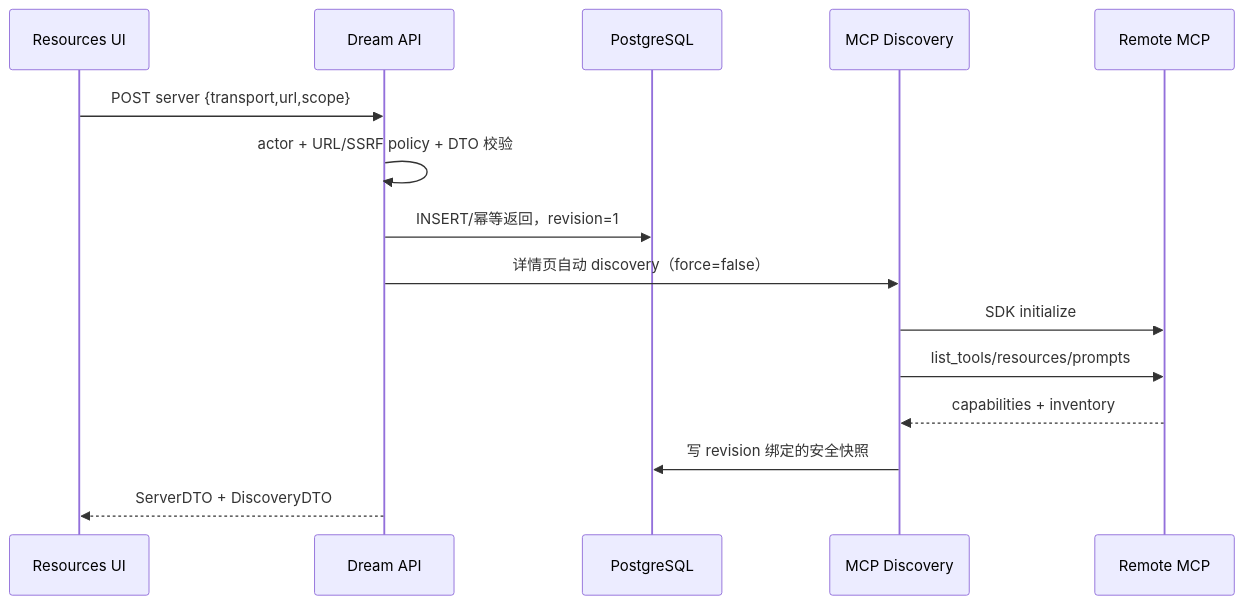
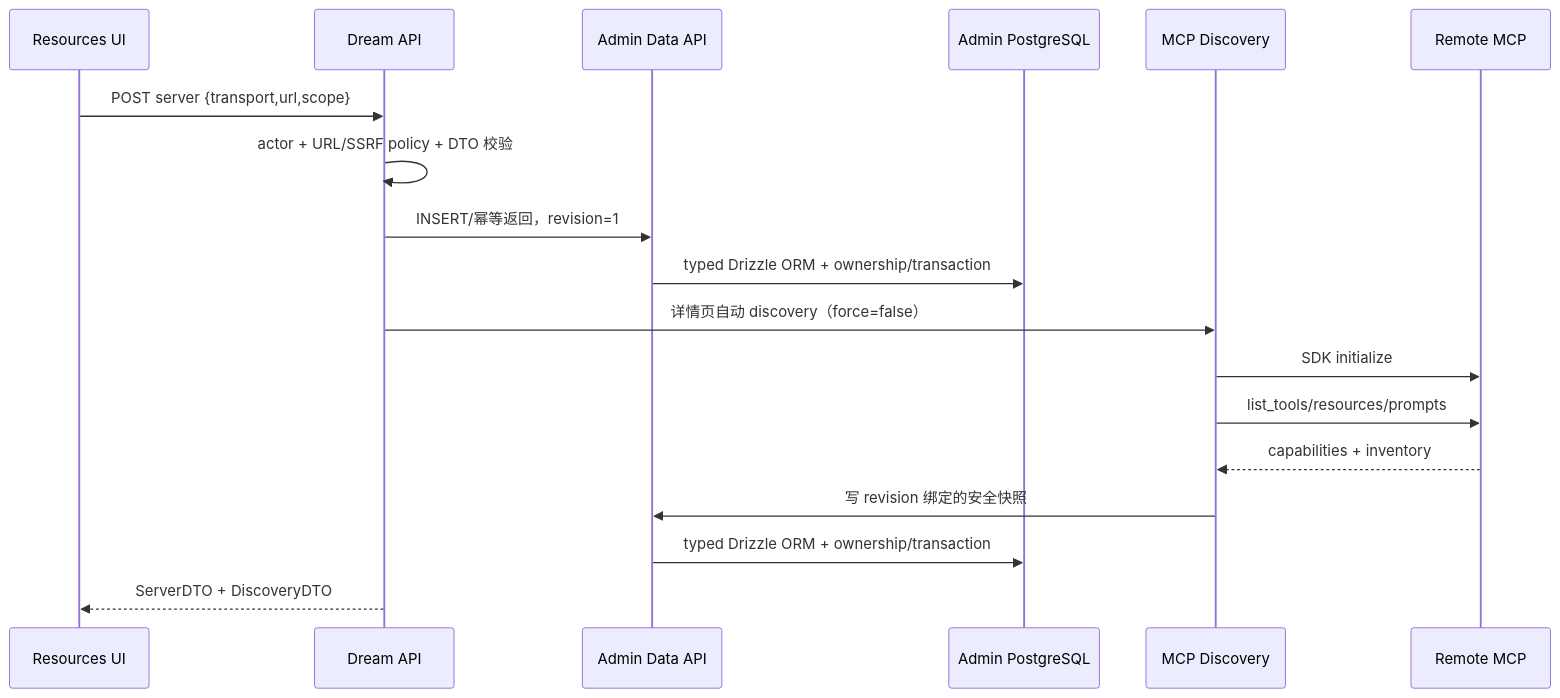
One commit to glide-the/im-dream changed the fourth of 12 diagrams in docs/design/claude-agent/dream-managed-mcp-resources.md. Above: the diagram before and after it, drawn with Mermaid. The commit also changed other lines of this file and 30 other files, not shown here.

````diff
--- a/docs/design/claude-agent/dream-managed-mcp-resources.md
+++ b/docs/design/claude-agent/dream-managed-mcp-resources.md
@@ -193,17 +233,20 @@
 ```mermaid
 sequenceDiagram
     participant UI as Resources UI
     participant API as Dream API
-    participant DB as PostgreSQL
+    participant Admin as Admin Data API
+    participant DB as Admin PostgreSQL
     participant D as MCP Discovery
     participant M as Remote MCP
     UI->>API: POST server {transport,url,scope}
     API->>API: actor + URL/SSRF policy + DTO 校验
-    API->>DB: INSERT/幂等返回，revision=1
+    API->>Admin: INSERT/幂等返回，revision=1
+    Admin->>DB: typed Drizzle ORM + ownership/transaction
     API->>D: 详情页自动 discovery（force=false）
     D->>M: SDK initialize
     D->>M: list_tools/resources/prompts
     M-->>D: capabilities + inventory
-    D->>DB: 写 revision 绑定的安全快照
+    D->>Admin: 写 revision 绑定的安全快照
+    Admin->>DB: typed Drizzle ORM + ownership/transaction
     API-->>UI: ServerDTO + DiscoveryDTO
 ```
````
